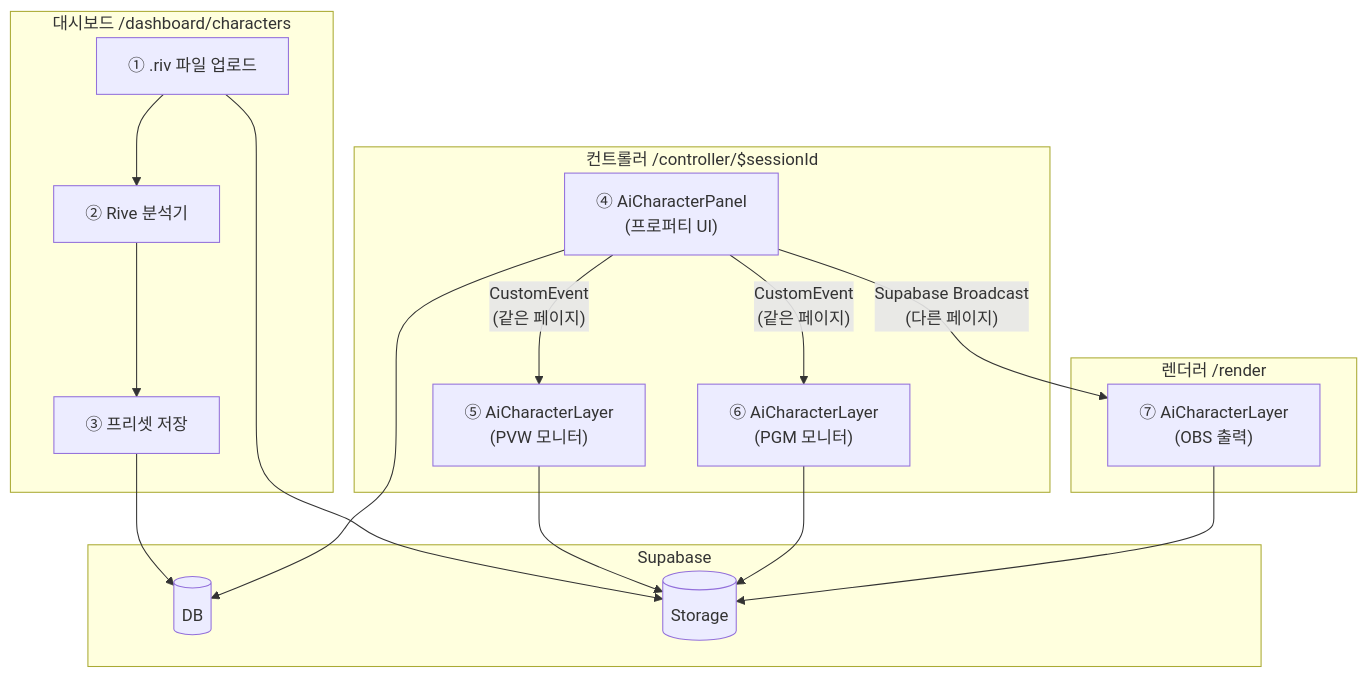
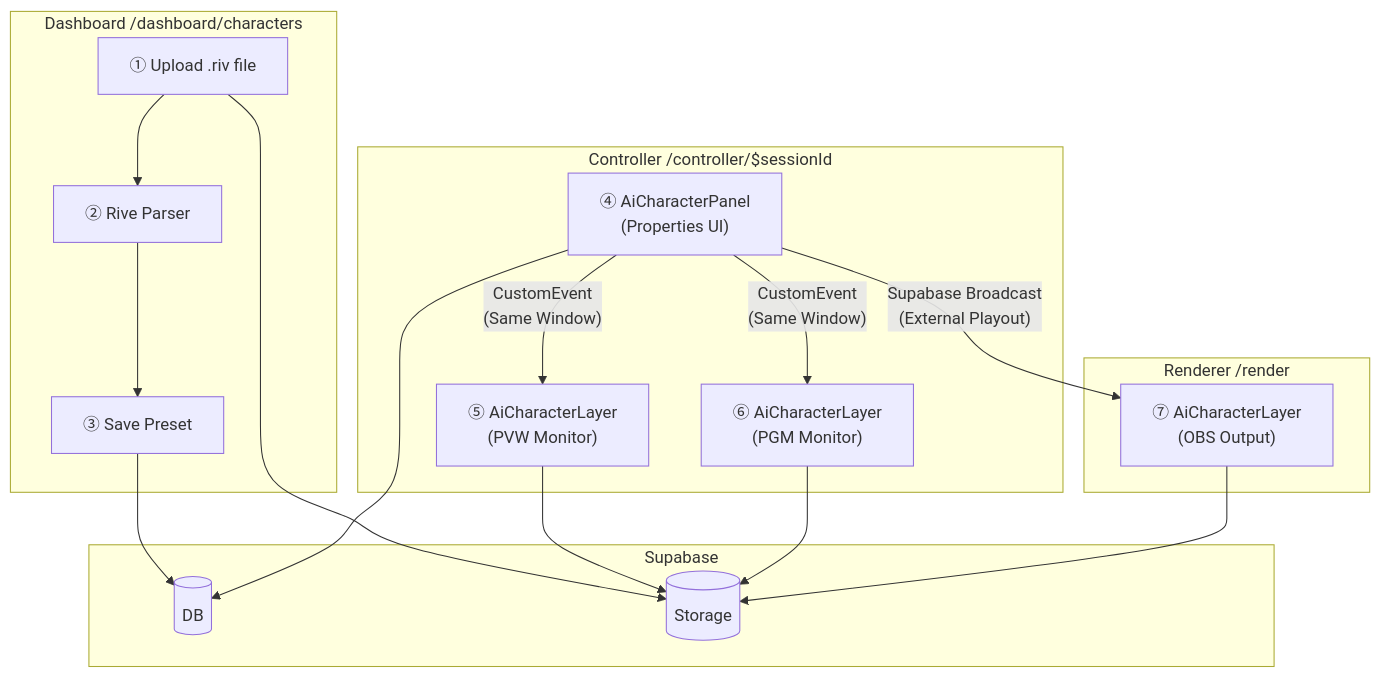
Before and after one commit to gkisanet/webcg-k: the first of 4 diagrams in webcg-k/docs/guide/AI_CHARACTER_SYSTEM.md, drawn with Mermaid. The commit also changed other lines of this file and 39 other files, not shown here.

````diff
--- a/webcg-k/docs/guide/AI_CHARACTER_SYSTEM.md
+++ b/webcg-k/docs/guide/AI_CHARACTER_SYSTEM.md
@@ -49,37 +49,37 @@
 ```mermaid
 graph TB
-    subgraph "대시보드 /dashboard/characters"
-        UPLOAD["① .riv 파일 업로드"]
-        ANALYZE["② Rive 분석기"]
-        PRESET["③ 프리셋 저장"]
+    subgraph "Dashboard /dashboard/characters"
+        UPLOAD["① Upload .riv file"]
+        ANALYZE["② Rive Parser"]
+        PRESET["③ Save Preset"]
     end
 
-    subgraph "컨트롤러 /controller/$sessionId"
-        PANEL["④ AiCharacterPanel<br/>(프로퍼티 UI)"]
-        PVW["⑤ AiCharacterLayer<br/>(PVW 모니터)"]
-        PGM["⑥ AiCharacterLayer<br/>(PGM 모니터)"]
+    subgraph "Controller /controller/$sessionId"
+        PANEL["④ AiCharacterPanel<br/>(Properties UI)"]
+        PVW["⑤ AiCharacterLayer<br/>(PVW Monitor)"]
+        PGM["⑥ AiCharacterLayer<br/>(PGM Monitor)"]
     end
 
-    subgraph "렌더러 /render"
-        RENDERER["⑦ AiCharacterLayer<br/>(OBS 출력)"]
+    subgraph "Renderer /render"
+        RENDERER["⑦ AiCharacterLayer<br/>(OBS Output)"]
     end
 
     subgraph "Supabase"
         DB[(DB)]
         STORAGE[(Storage)]
     end
 
     UPLOAD --> STORAGE
     UPLOAD --> ANALYZE
     ANALYZE --> PRESET
     PRESET --> DB
 
-    PANEL -- "CustomEvent<br/>(같은 페이지)" --> PVW
-    PANEL -- "CustomEvent<br/>(같은 페이지)" --> PGM
-    PANEL -- "Supabase Broadcast<br/>(다른 페이지)" --> RENDERER
+    PANEL -- "CustomEvent<br/>(Same Window)" --> PVW
+    PANEL -- "CustomEvent<br/>(Same Window)" --> PGM
+    PANEL -- "Supabase Broadcast<br/>(External Playout)" --> RENDERER
     PANEL --> DB
 
     PVW --> STORAGE
     PGM --> STORAGE
     RENDERER --> STORAGE
 ```
````
